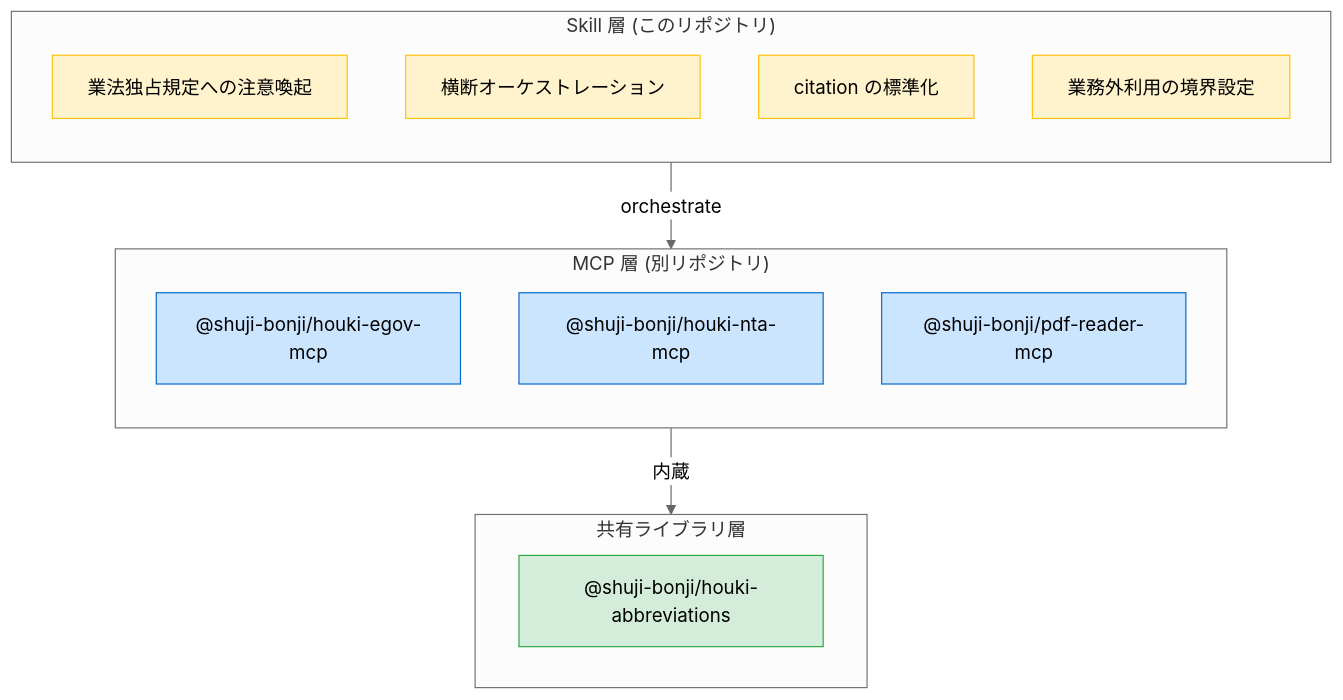
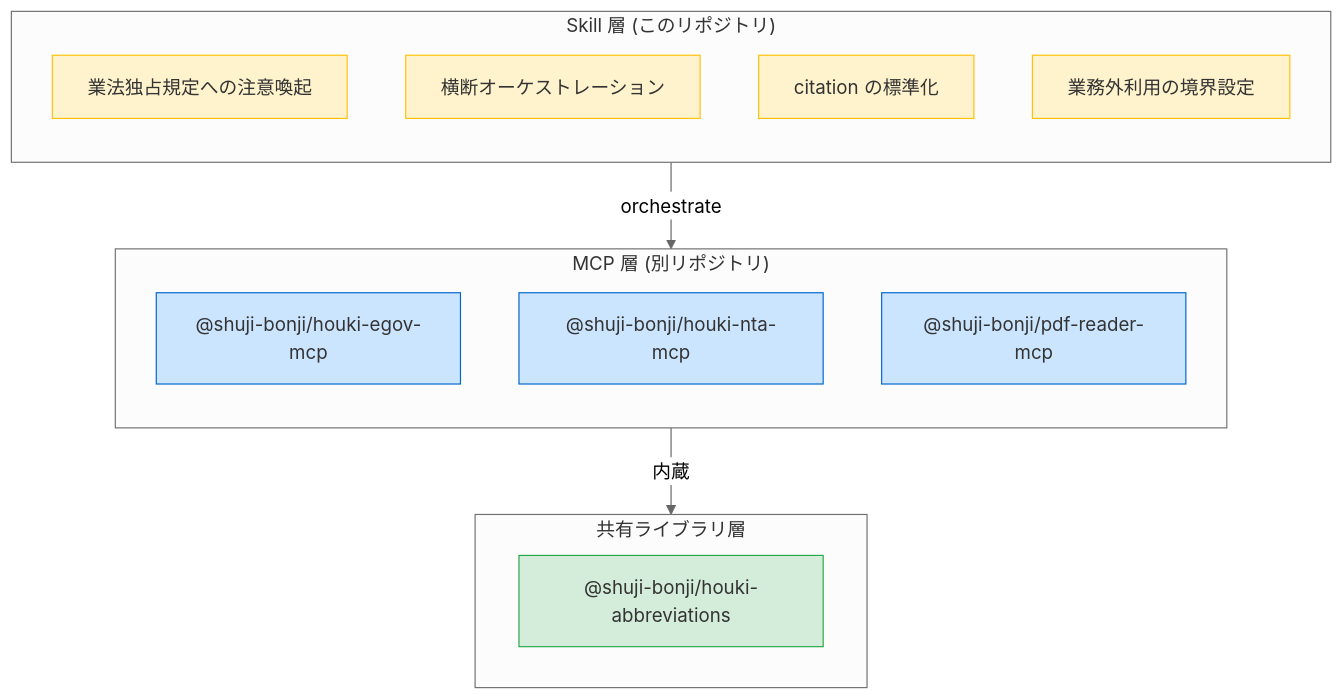
Before and after one commit to shuji-bonji/houki-research-skill: the first of 2 diagrams in README.md, drawn with Mermaid (neutral theme). The commit also changed other lines of this file and 5 other files, not shown here.

````diff
--- a/README.md
+++ b/README.md
@@ -14,31 +14,31 @@
 ```mermaid
 graph TB
   subgraph skill["Skill 層 (このリポジトリ)"]
     direction TB
     S1["業法独占規定への注意喚起"]
     S2["横断オーケストレーション"]
     S3["citation の標準化"]
     S4["業務外利用の境界設定"]
   end
 
   subgraph mcp["MCP 層 (別リポジトリ)"]
     direction TB
     M1["@shuji-bonji/houki-egov-mcp"]
     M2["@shuji-bonji/houki-nta-mcp"]
     M3["@shuji-bonji/pdf-reader-mcp"]
   end
 
   subgraph lib["共有ライブラリ層"]
     L1["@shuji-bonji/houki-abbreviations"]
   end
 
   skill -->|orchestrate| mcp
   mcp -->|内蔵| lib
 
-  classDef skill fill:#fff3cd,stroke:#ffc107
-  classDef mcp fill:#cce5ff,stroke:#0066cc
-  classDef lib fill:#d4edda,stroke:#28a745
+  classDef skill fill:#fff3cd,stroke:#ffc107,color:#333
+  classDef mcp fill:#cce5ff,stroke:#0066cc,color:#333
+  classDef lib fill:#d4edda,stroke:#28a745,color:#333
   class S1,S2,S3,S4 skill
   class M1,M2,M3 mcp
   class L1 lib
 ```
````
